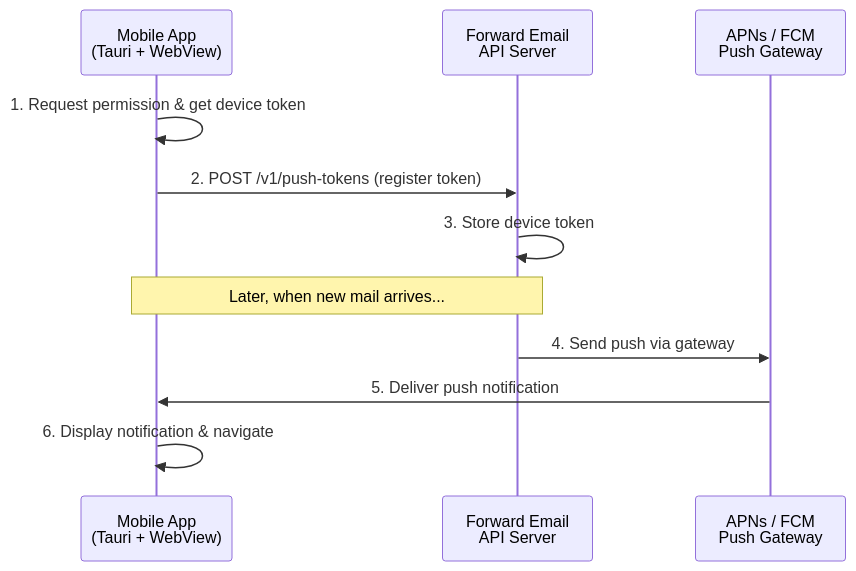
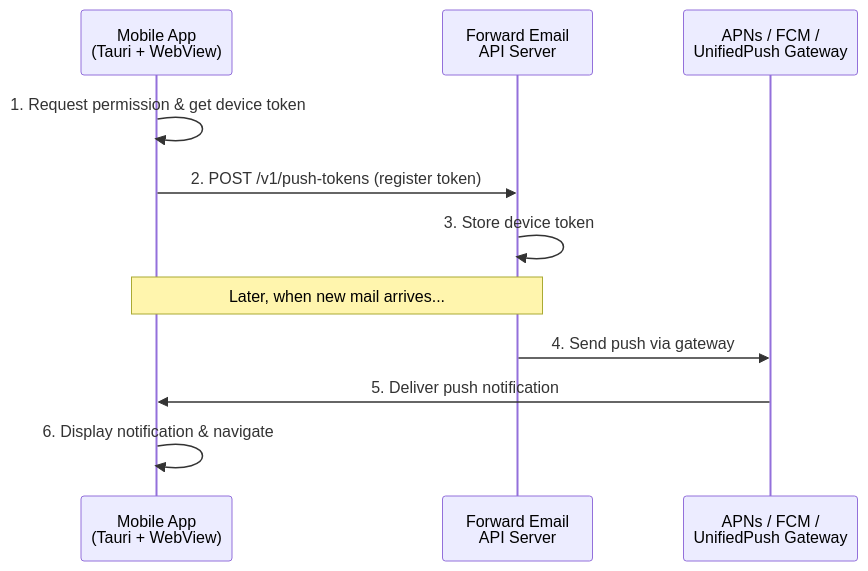
One commit to titanism/mail.forwardemail.net changed the diagram in docs/PUSH_NOTIFICATIONS.md. Above: the diagram before and after it, drawn with Mermaid. The commit also changed other lines of this file and 8 other files, not shown here.

````diff
--- a/docs/PUSH_NOTIFICATIONS.md
+++ b/docs/PUSH_NOTIFICATIONS.md
@@ -8,14 +9,14 @@
 ```mermaid
 sequenceDiagram
     participant App as Mobile App<br/>(Tauri + WebView)
     participant API as Forward Email<br/>API Server
-    participant Push as APNs / FCM<br/>Push Gateway
+    participant Push as APNs / FCM /<br/>UnifiedPush Gateway
 
     App->>App: 1. Request permission & get device token
     App->>API: 2. POST /v1/push-tokens (register token)
     API->>API: 3. Store device token
     Note over App,API: Later, when new mail arrives...
     API->>Push: 4. Send push via gateway
     Push->>App: 5. Deliver push notification
     App->>App: 6. Display notification & navigate
 ```
````
